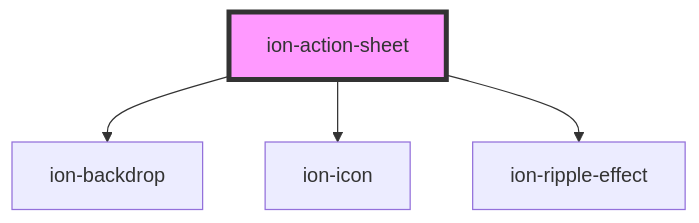
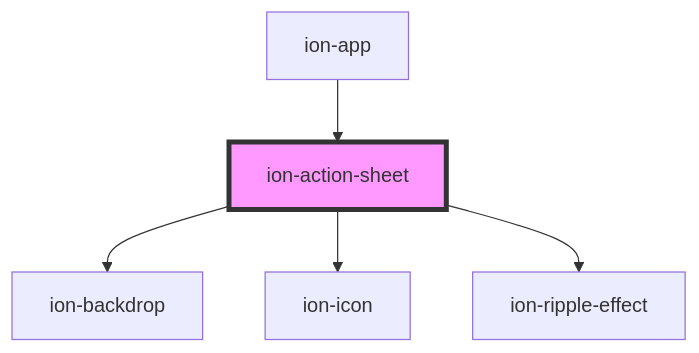
One commit to Ryu9425/ang_ionic changed the diagram in core/src/components/action-sheet/readme.md. Above: the diagram before and after it, drawn with Mermaid. The commit also changed other lines of this file and 11 other files, not shown here.

Commit message:
fix(overlays): overlays are defined by ion-app; ion-select-popover is defined by ion-select

````diff
--- a/core/src/components/action-sheet/readme.md
+++ b/core/src/components/action-sheet/readme.md
@@ -671,7 +675,8 @@
 ```mermaid
 graph TD;
   ion-action-sheet --> ion-backdrop
   ion-action-sheet --> ion-icon
   ion-action-sheet --> ion-ripple-effect
+  ion-app --> ion-action-sheet
   style ion-action-sheet fill:#f9f,stroke:#333,stroke-width:4px
 ```
````
